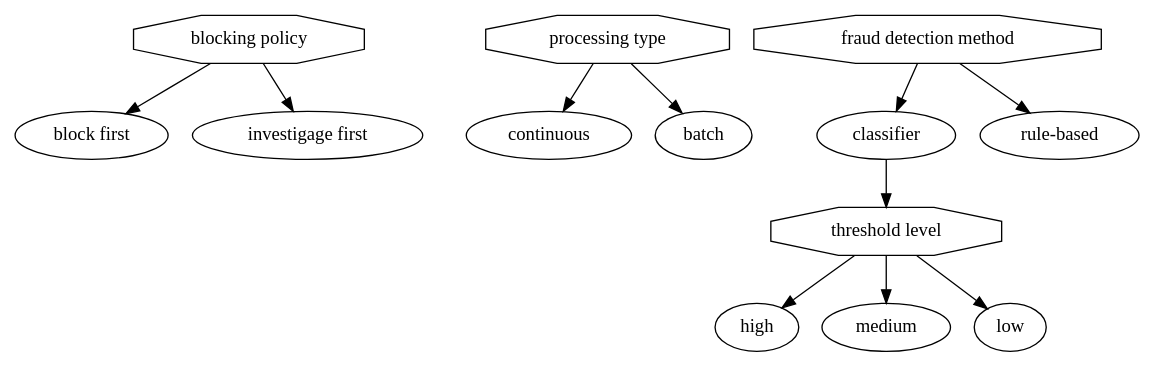
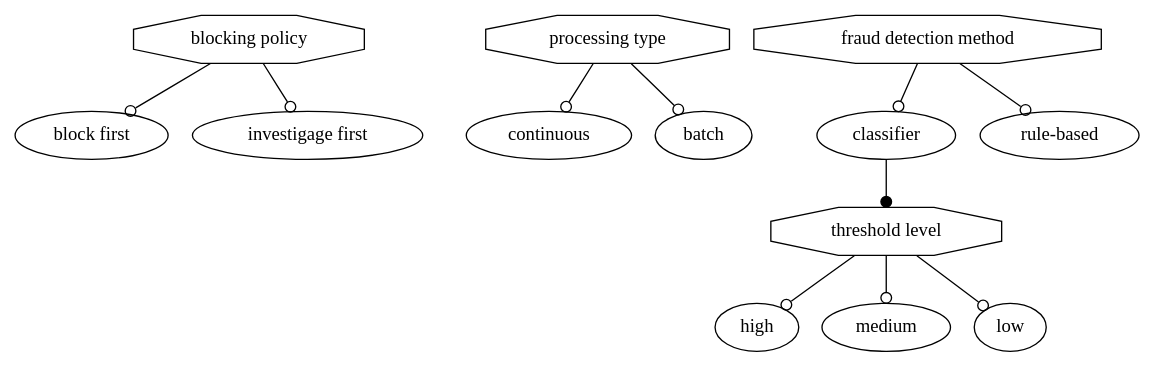
The diagram in uk.ac.ucl.cs.results/PCFDM/graph/dgraph.dot (sbusari/RADAR2), drawn with Graphviz before and after one commit. The commit also changed 46 other files, not shown here.

```diff
--- a/uk.ac.ucl.cs.results/PCFDM/graph/dgraph.dot
+++ b/uk.ac.ucl.cs.results/PCFDM/graph/dgraph.dot
@@ -1,17 +1,12 @@
 digraph G { 
-"blocking policy" [shape = polygon, sides =8] 
-"blocking policy" -> "block first"
-"blocking policy" -> "investigage first"
-"processing type" [shape = polygon, sides =8] 
-"processing type" -> "continuous"
-"processing type" -> "batch"
-"fraud detection method" [shape = polygon, sides =8] 
-"fraud detection method" -> "classifier"
-"threshold level" [shape = polygon, sides =8] 
-"classifier" -> "threshold level"
-"fraud detection method" -> "rule-based"
-"threshold level" [shape = polygon, sides =8] 
-"threshold level" -> "high"
-"threshold level" -> "medium"
-"threshold level" -> "low"
+"0"[label="blocking policy", shape = polygon, sides =8 ]"1"[label="block first"]"0" -> "1"[arrowhead= odot]
+"2"[label="investigage first"]"0" -> "2"[arrowhead= odot]
+"3"[label="processing type", shape = polygon, sides =8 ]"4"[label="continuous"]"3" -> "4"[arrowhead= odot]
+"5"[label="batch"]"3" -> "5"[arrowhead= odot]
+"6"[label="fraud detection method", shape = polygon, sides =8 ]"7"[label="classifier"]"6" -> "7"[arrowhead= odot]
+"8"[label="threshold level", shape = polygon, sides =8 ]"7" -> "8"[arrowhead= dot]
+"9"[label="rule-based"]"6" -> "9"[arrowhead= odot]
+"8"[label="threshold level", shape = polygon, sides =8 ]"10"[label="high"]"8" -> "10"[arrowhead= odot]
+"11"[label="medium"]"8" -> "11"[arrowhead= odot]
+"12"[label="low"]"8" -> "12"[arrowhead= odot]
 }
```
